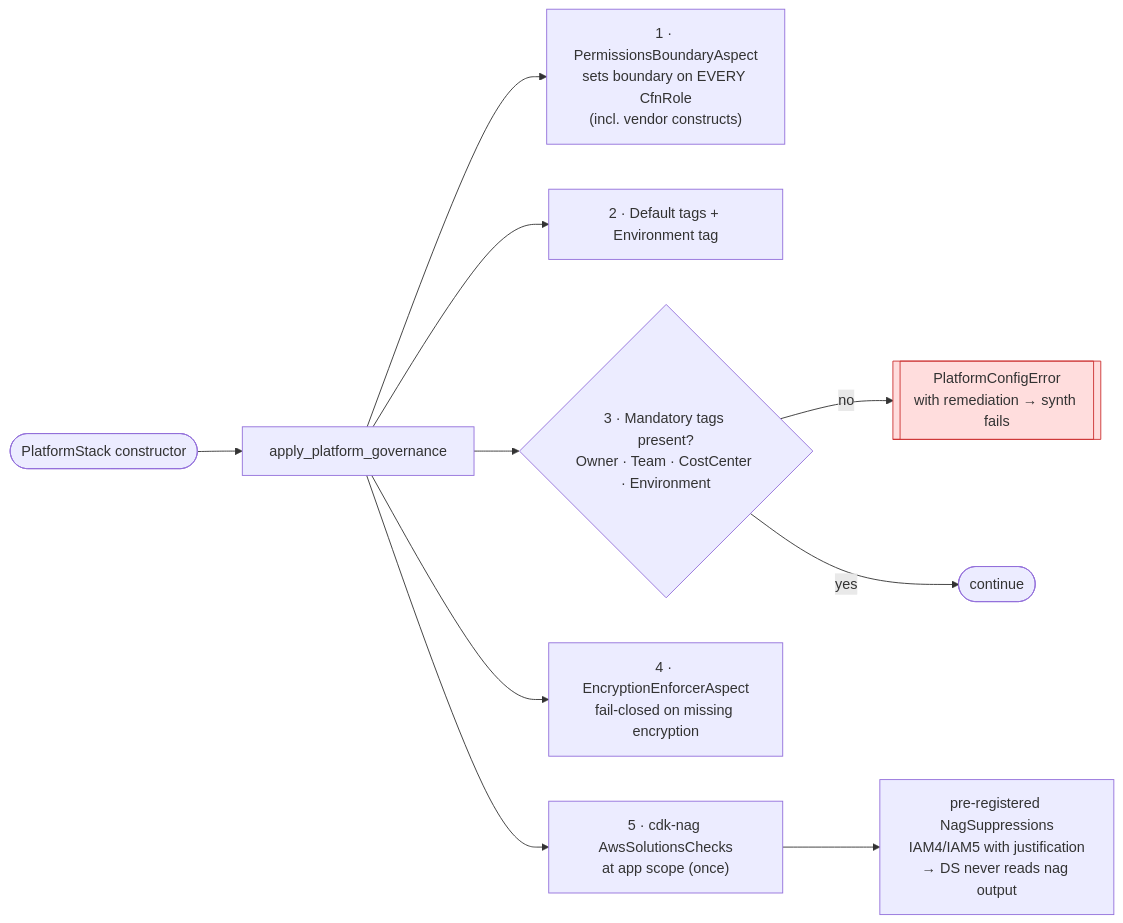
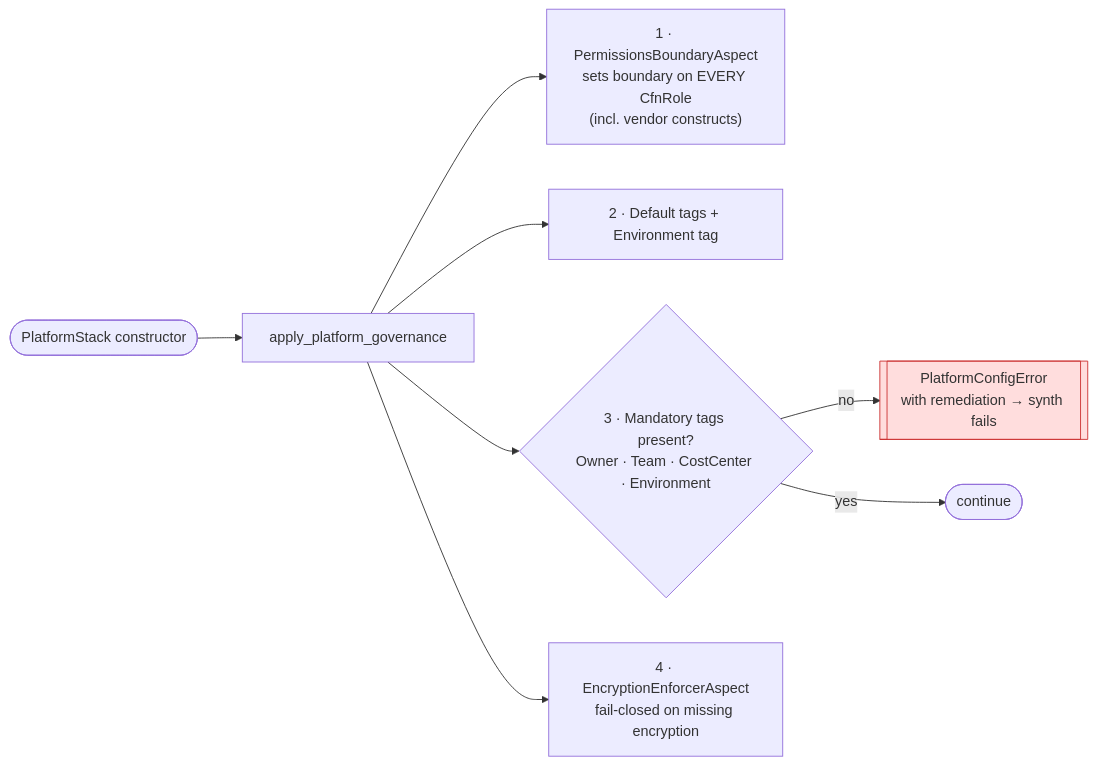
One commit to michaelfecher/paved-cdk changed the fifth of 10 diagrams in docs/architecture.md. Above: the diagram before and after it, drawn with Mermaid. The commit also changed other lines of this file and 23 other files, not shown here.

Commit message:
chore: remove cdk-nag (code, deps, pipeline, docs); keep boundary/tags/encryption guardrails (ADR 0005 amended)

````diff
--- a/docs/architecture.md
+++ b/docs/architecture.md
@@ -253,17 +253,15 @@
 ```mermaid
 flowchart LR
   START([PlatformStack constructor]) --> G[apply_platform_governance]
 
   G --> PB["1 · PermissionsBoundaryAspect<br/>sets boundary on EVERY CfnRole<br/>(incl. vendor constructs)"]
   G --> TAGS["2 · Default tags + Environment tag"]
   G --> VAL{"3 · Mandatory tags present?<br/>Owner · Team · CostCenter · Environment"}
   G --> ENC["4 · EncryptionEnforcerAspect<br/>fail-closed on missing encryption"]
-  G --> NAG["5 · cdk-nag AwsSolutionsChecks<br/>at app scope (once)"]
 
   VAL -- no --> ERR[["PlatformConfigError<br/>with remediation → synth fails"]]
   VAL -- yes --> OK([continue])
-  NAG --> SUP["pre-registered NagSuppressions<br/>IAM4/IAM5 with justification<br/>→ DS never reads nag output"]
 
   classDef fail fill:#fdd,stroke:#c33
   class ERR fail
 ```
````
